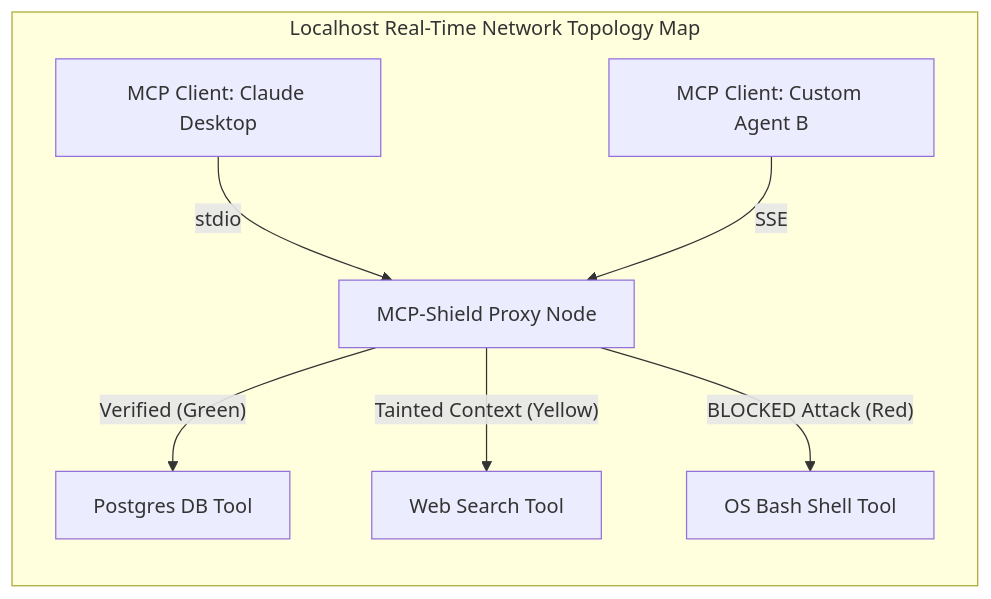
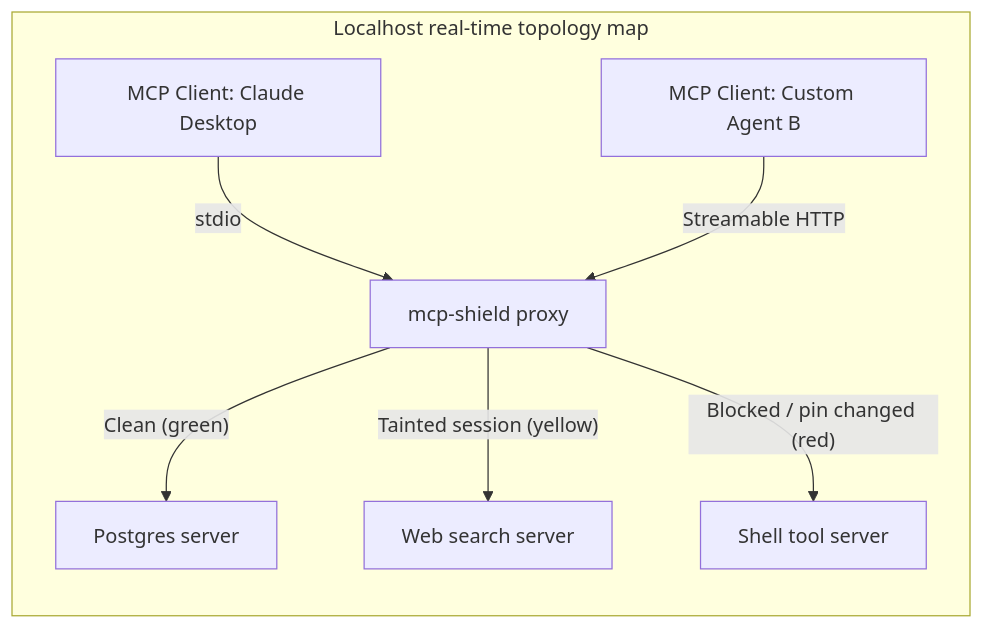
The second of 5 diagrams in 07 - Model Distribution, PyPI Packaging & Local Dashboard.md (rishikeshvarma/MCP-Shield), drawn with Mermaid before and after one commit. The commit also changed other lines of this file and 10 other files, not shown here.

````diff
--- a/07 - Model Distribution, PyPI Packaging & Local Dashboard.md
+++ b/07 - Model Distribution, PyPI Packaging & Local Dashboard.md
@@ -144,11 +161,11 @@
 ```mermaid
 graph LR
-    subgraph MeshMap["Localhost Real-Time Network Topology Map"]
-        ClientA["MCP Client: Claude Desktop"] -->|stdio| Shield["MCP-Shield Proxy Node"]
-        ClientB["MCP Client: Custom Agent B"] -->|SSE| Shield
-        
-        Shield -->|"Verified (Green)"| Tool1["Postgres DB Tool"]
-        Shield -->|"Tainted Context (Yellow)"| Tool2["Web Search Tool"]
-        Shield -->|"BLOCKED Attack (Red)"| Tool3["OS Bash Shell Tool"]
+    subgraph MeshMap["Localhost real-time topology map"]
+        ClientA["MCP Client: Claude Desktop"] -->|stdio| Shield["mcp-shield proxy"]
+        ClientB["MCP Client: Custom Agent B"] -->|Streamable HTTP| Shield
+
+        Shield -->|"Clean (green)"| Tool1["Postgres server"]
+        Shield -->|"Tainted session (yellow)"| Tool2["Web search server"]
+        Shield -->|"Blocked / pin changed (red)"| Tool3["Shell tool server"]
     end
 ```
````
